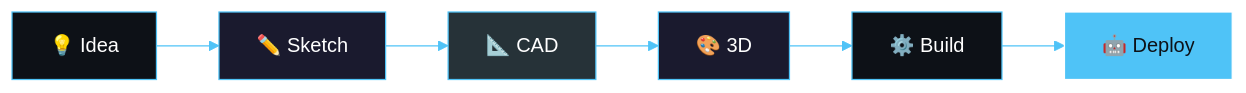
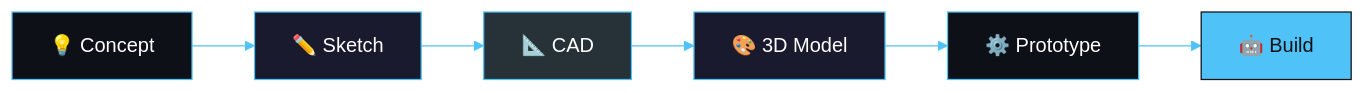
One commit to nasblor/nasblor changed the third of 3 diagrams in readme.md. Above: the diagram before and after it, drawn with Mermaid. The commit also changed other lines of this file, not shown here.

````diff
--- a/readme.md
+++ b/readme.md
@@ -85,11 +83,11 @@
 ```mermaid
 %%{init: {'theme': 'base', 'themeVariables': { 'primaryColor': '#1a1a2e', 'primaryTextColor': '#fff', 'lineColor': '#4FC3F7'}}}%%
 flowchart LR
-    A[💡 Idea] --> B[✏️ Sketch] --> C[📐 CAD] --> D[🎨 3D] --> E[⚙️ Build] --> F[🤖 Deploy]
+    A[💡 Concept] --> B[✏️ Sketch] --> C[📐 CAD] --> D[🎨 3D Model] --> E[⚙️ Prototype] --> F[🤖 Build]
     style A fill:#0D1117,stroke:#4FC3F7,color:#fff
     style B fill:#1a1a2e,stroke:#4FC3F7,color:#fff
     style C fill:#263238,stroke:#4FC3F7,color:#fff
     style D fill:#1a1a2e,stroke:#4FC3F7,color:#fff
     style E fill:#0D1117,stroke:#4FC3F7,color:#fff
-    style F fill:#4FC3F7,stroke:#fff,color:#0D1117
+    style F fill:#4FC3F7,stroke:#0D1117,color:#0D1117
 ```
````
